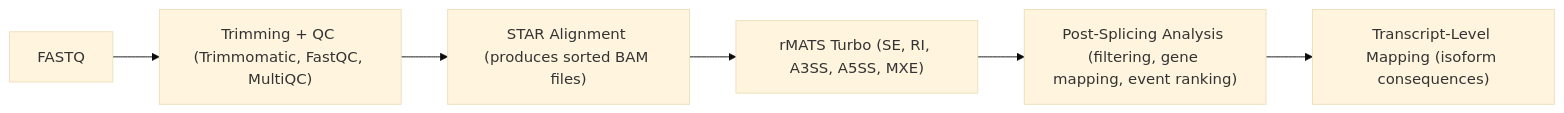
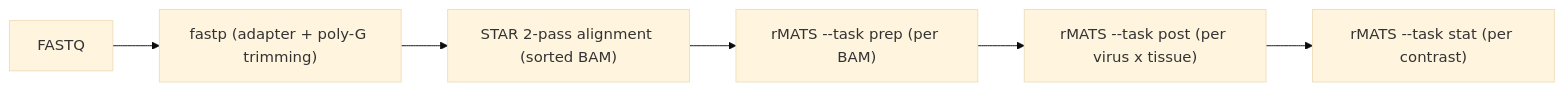
The diagram in README.md (NazimBL/splicing-analysis-pipeline), drawn with Mermaid (base theme) before and after one commit. The commit also changed other lines of this file, not shown here.

````diff
--- a/README.md
+++ b/README.md
@@ -94,8 +32,8 @@
 ```mermaid
 flowchart LR
-    FASTQ[FASTQ] --> QC["Trimming + QC (Trimmomatic, FastQC, MultiQC)"]
-    QC --> STAR["STAR Alignment (produces sorted BAM files)"]
-    STAR --> RMATS["rMATS Turbo (SE, RI, A3SS, A5SS, MXE)"]
-    RMATS --> POST["Post-Splicing Analysis (filtering, gene mapping, event ranking)"]
-    POST --> TX["Transcript-Level Mapping (isoform consequences)"]
+    FASTQ[FASTQ] --> TRIM["fastp (adapter + poly-G trimming)"]
+    TRIM --> STAR["STAR 2-pass alignment (sorted BAM)"]
+    STAR --> PREP["rMATS --task prep (per BAM)"]
+    PREP --> POST["rMATS --task post (per virus x tissue)"]
+    POST --> STAT["rMATS --task stat (per contrast)"]
 ```
````
